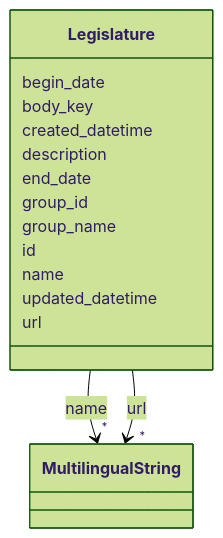
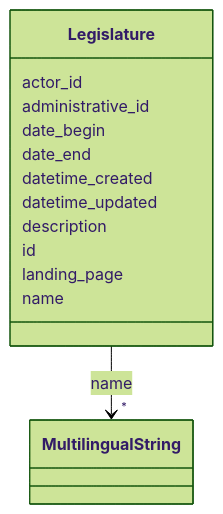
One commit to swiss/political-affairs-ech-group changed the diagram in ech-0293_operations/output/docs/Legislature.md. Above: the diagram before and after it, drawn with Mermaid (forest theme). The commit also changed other lines of this file and 174 other files, not shown here.

````diff
--- a/ech-0293_operations/output/docs/Legislature.md
+++ b/ech-0293_operations/output/docs/Legislature.md
@@ -14,46 +22,35 @@
 ```mermaid
  classDiagram
     class Legislature
-    click Legislature href "../Legislature"
-      Legislature : begin_date
+    click Legislature href "../Legislature/"
+      Legislature : actor_id
         
-      Legislature : body_key
+      Legislature : administrative_id
         
-      Legislature : created_datetime
+      Legislature : date_begin
+        
+      Legislature : date_end
+        
+      Legislature : datetime_created
+        
+      Legislature : datetime_updated
         
       Legislature : description
         
-      Legislature : end_date
+      Legislature : id
         
-      Legislature : group_id
-        
-      Legislature : group_name
-        
-      Legislature : id
+      Legislature : landing_page
         
       Legislature : name
         
           
     
         
         
         Legislature --> "*" MultilingualString : name
-        click MultilingualString href "../MultilingualString"
-    
-
-        
-      Legislature : updated_datetime
-        
-      Legislature : url
-        
-          
-    
-        
-        
-        Legislature --> "*" MultilingualString : url
-        click MultilingualString href "../MultilingualString"
+        click MultilingualString href "../MultilingualString/"
     
 
         
       
 ```
````
